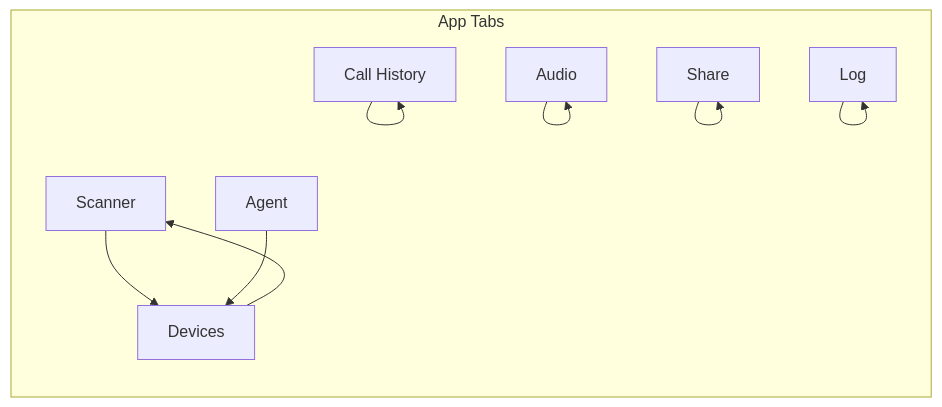
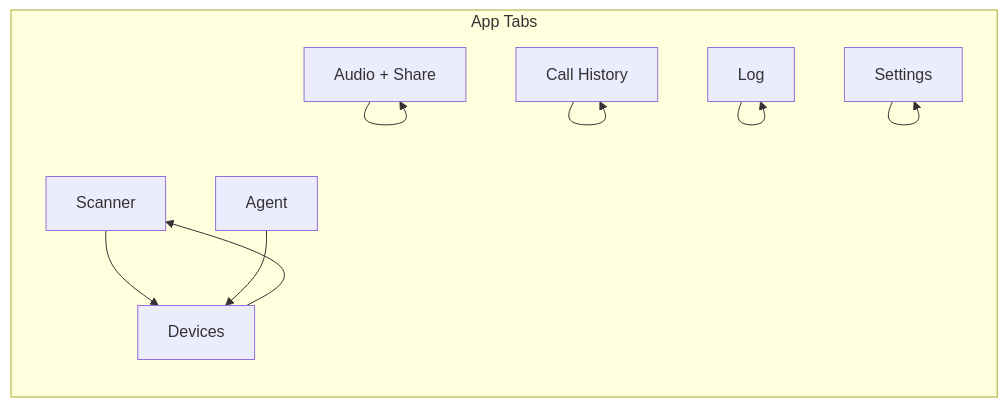
One commit to thumpersecure/bluettool changed the third of 3 diagrams in README.md. Above: the diagram before and after it, drawn with Mermaid. The commit also changed 1 other file, not shown here.

Commit message:
Agent 7 (Overseer): Update App Flow diagram, improve tab bar for small screens
- README: Update App Flow Diagram to include Settings tab, clarify Share is in Audio
- CSS: Tab bar flex 1 0 44px to prevent overcrowding on small screens (enables horizontal scroll)

````diff
--- a/README.md
+++ b/README.md
@@ -340,20 +340,20 @@
 ```mermaid
 flowchart LR
     subgraph Tabs["App Tabs"]
         S[Scanner]
         D[Devices]
+        A[Audio + Share]
         C[Call History]
-        A[Audio]
-        Sh[Share]
         Ag[Agent]
         L[Log]
+        St[Settings]
     end
     
     S --> D
     D --> S
+    A --> A
     C --> C
-    A --> A
-    Sh --> Sh
     Ag --> D
     L --> L
+    St --> St
 ```
````
